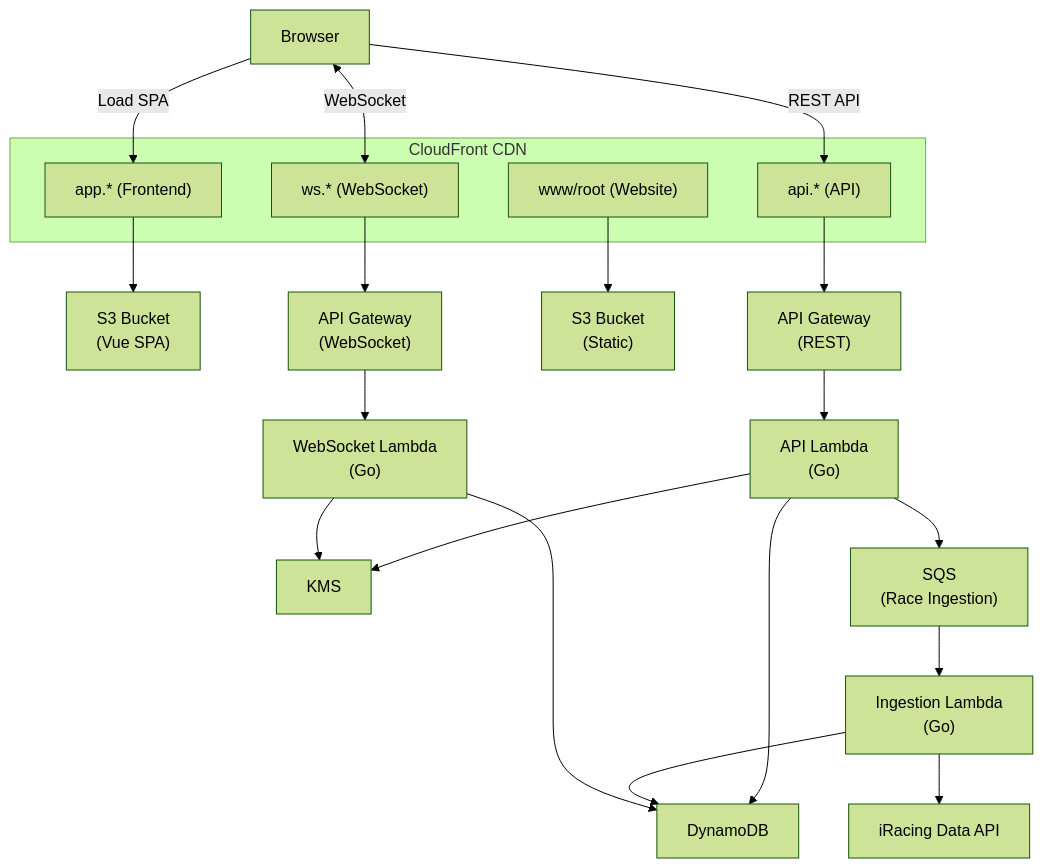
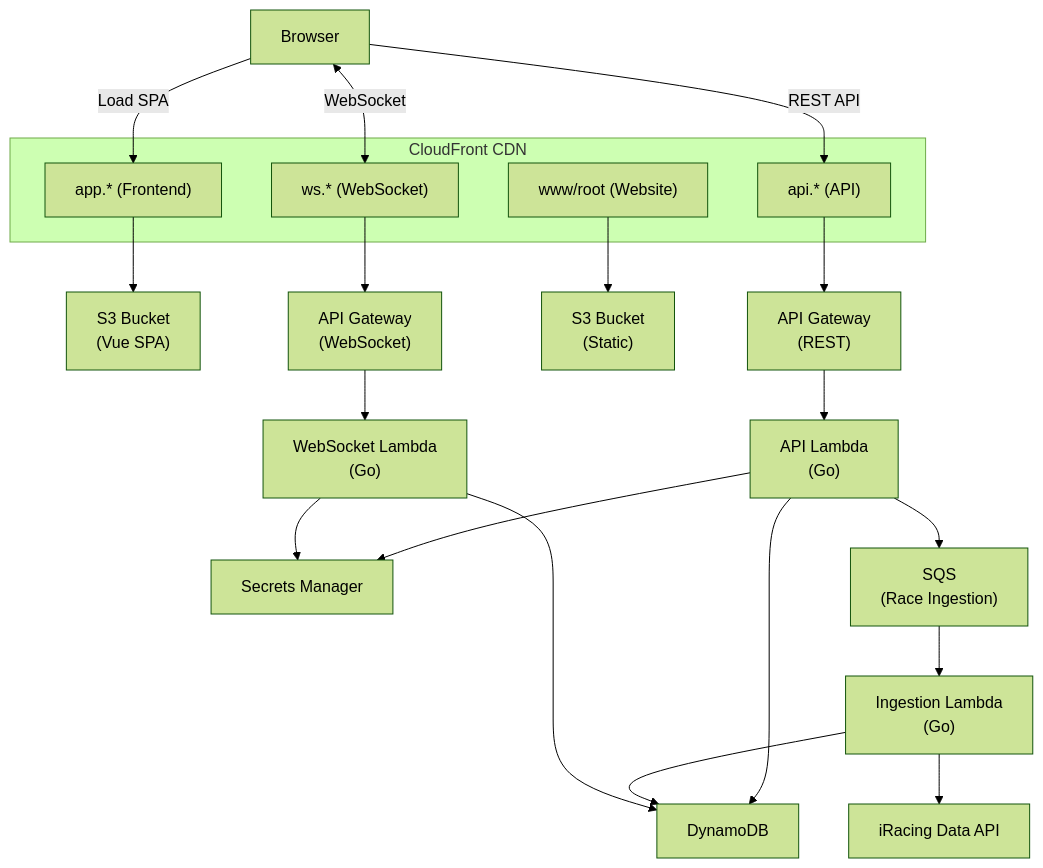
The diagram in README.md (jonsabados/saturdaysspinout), drawn with Mermaid (forest theme) before and after one commit. The commit also changed other lines of this file and 19 other files, not shown here.

````diff
--- a/README.md
+++ b/README.md
@@ -21,33 +21,33 @@
 ```mermaid
 flowchart TB
     Browser["Browser"]
 
     Browser -->|"Load SPA"| CF1
     Browser -->|"REST API"| CF2
     Browser <-->|"WebSocket"| CF4
 
     subgraph CloudFront["CloudFront CDN"]
         CF1["app.* (Frontend)"]
         CF2["api.* (API)"]
         CF3["www/root (Website)"]
         CF4["ws.* (WebSocket)"]
     end
 
     CF1 --> S3_SPA["S3 Bucket<br/>(Vue SPA)"]
     CF2 --> APIGW["API Gateway<br/>(REST)"]
     CF3 --> S3_Static["S3 Bucket<br/>(Static)"]
     CF4 --> WS_APIGW
 
     APIGW --> Lambda["API Lambda<br/>(Go)"]
     Lambda --> DynamoDB["DynamoDB"]
-    Lambda --> KMS["KMS"]
+    Lambda --> SecretsManager["Secrets Manager"]
     Lambda --> SQS["SQS<br/>(Race Ingestion)"]
 
     SQS --> IngestionLambda["Ingestion Lambda<br/>(Go)"]
     IngestionLambda --> DynamoDB
     IngestionLambda --> iRacingAPI["iRacing Data API"]
 
     WS_APIGW["API Gateway<br/>(WebSocket)"] --> WS_Lambda["WebSocket Lambda<br/>(Go)"]
     WS_Lambda --> DynamoDB
-    WS_Lambda --> KMS["KMS"]
+    WS_Lambda --> SecretsManager
 ```
````
